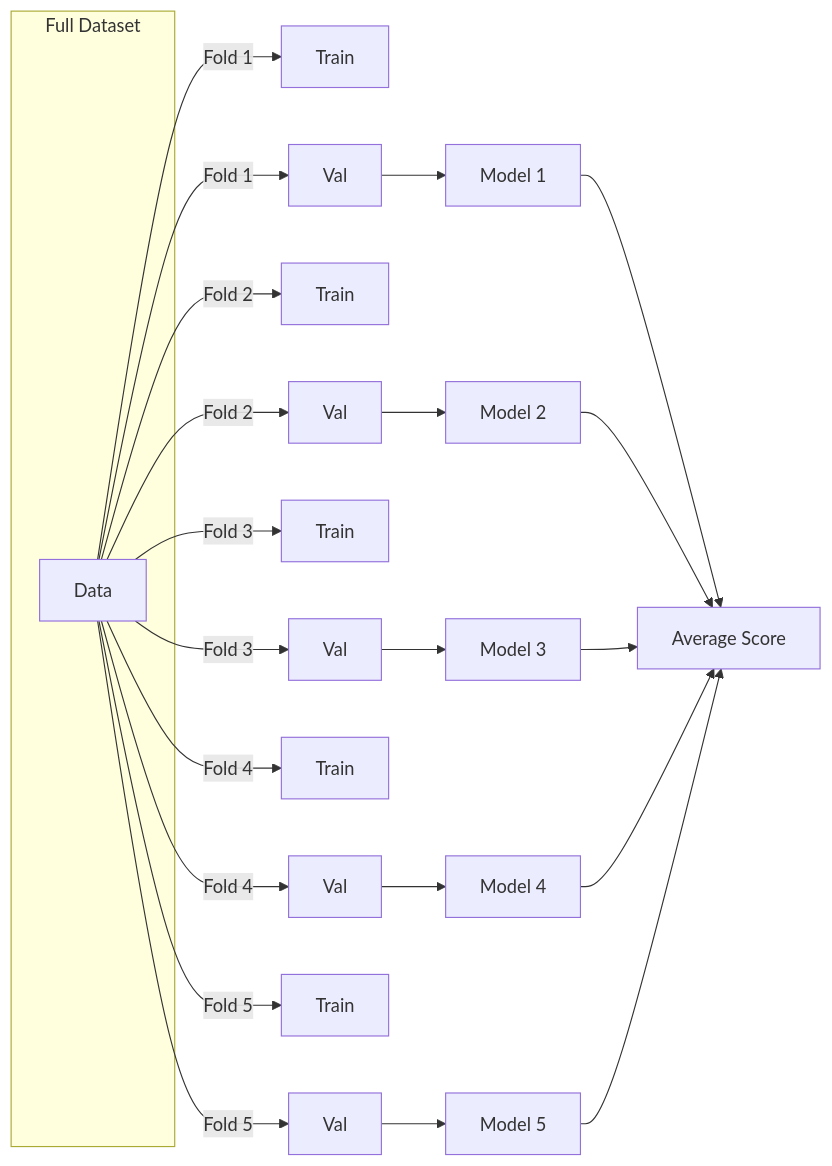
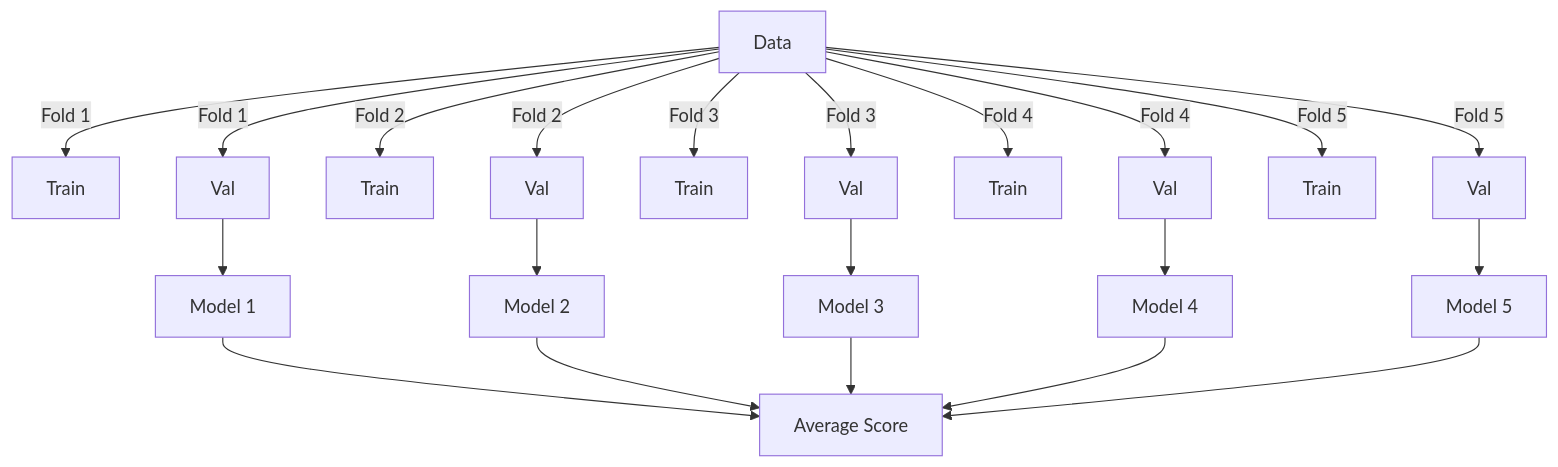
One commit to knekvasil/library changed the first of 18 diagrams in ml/src/general-ml-review.md. Above: the diagram before and after it, drawn with Mermaid. The commit also changed other lines of this file, not shown here.

Commit message:
Fix mermaid syntax: remove curly braces/underscores in labels, simplify SVM/RNN diagrams, fix style colors

````diff
--- a/ml/src/general-ml-review.md
+++ b/ml/src/general-ml-review.md
@@ -48,17 +48,24 @@
 ```mermaid
-graph LR
-    subgraph Full Dataset
-        D[Data]
-    end
-    D -->|Fold 1| T1[Train] & V1[Val]
-    D -->|Fold 2| T2[Train] & V2[Val]
-    D -->|Fold 3| T3[Train] & V3[Val]
-    D -->|Fold 4| T4[Train] & V4[Val]
-    D -->|Fold 5| T5[Train] & V5[Val]
+graph TD
+    D[Data]
+    D --Fold 1--> T1[Train]
+    D --Fold 1--> V1[Val]
+    D --Fold 2--> T2[Train]
+    D --Fold 2--> V2[Val]
+    D --Fold 3--> T3[Train]
+    D --Fold 3--> V3[Val]
+    D --Fold 4--> T4[Train]
+    D --Fold 4--> V4[Val]
+    D --Fold 5--> T5[Train]
+    D --Fold 5--> V5[Val]
     V1 --> M1[Model 1]
     V2 --> M2[Model 2]
     V3 --> M3[Model 3]
     V4 --> M4[Model 4]
     V5 --> M5[Model 5]
-    M1 & M2 & M3 & M4 & M5 --> Avg[Average Score]
+    M1 --> Avg[Average Score]
+    M2 --> Avg
+    M3 --> Avg
+    M4 --> Avg
+    M5 --> Avg
 ```
````
